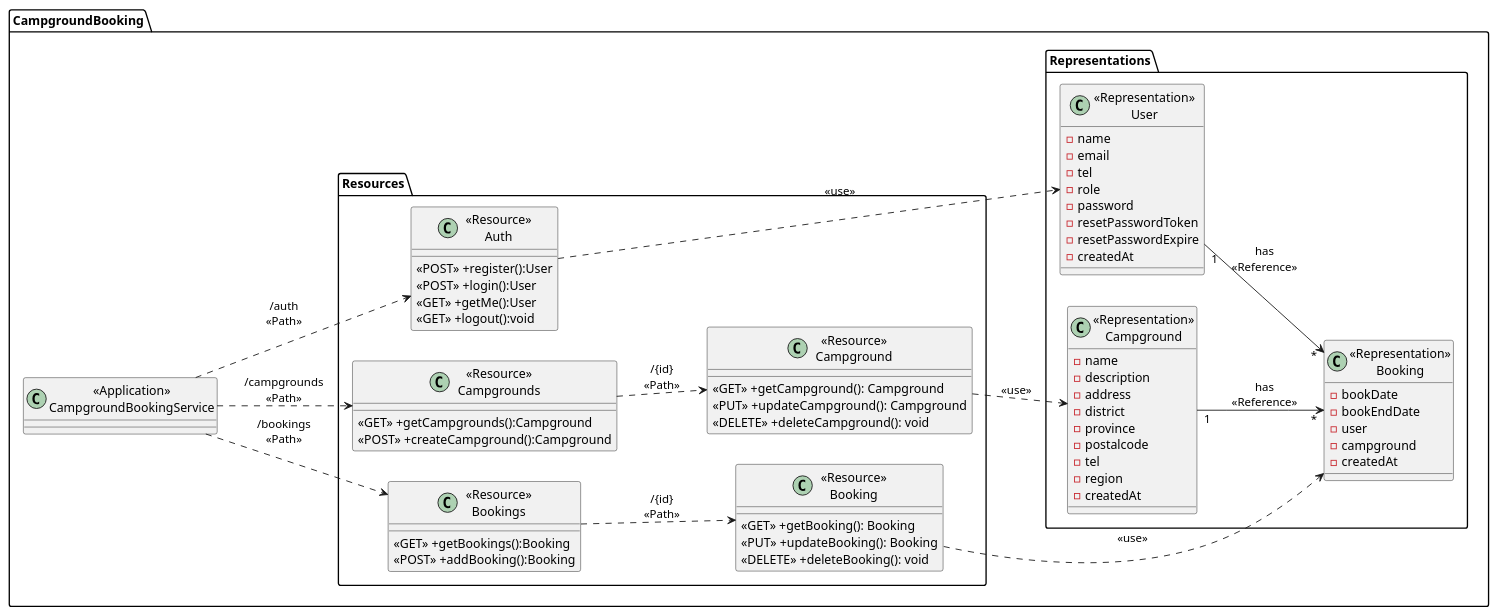
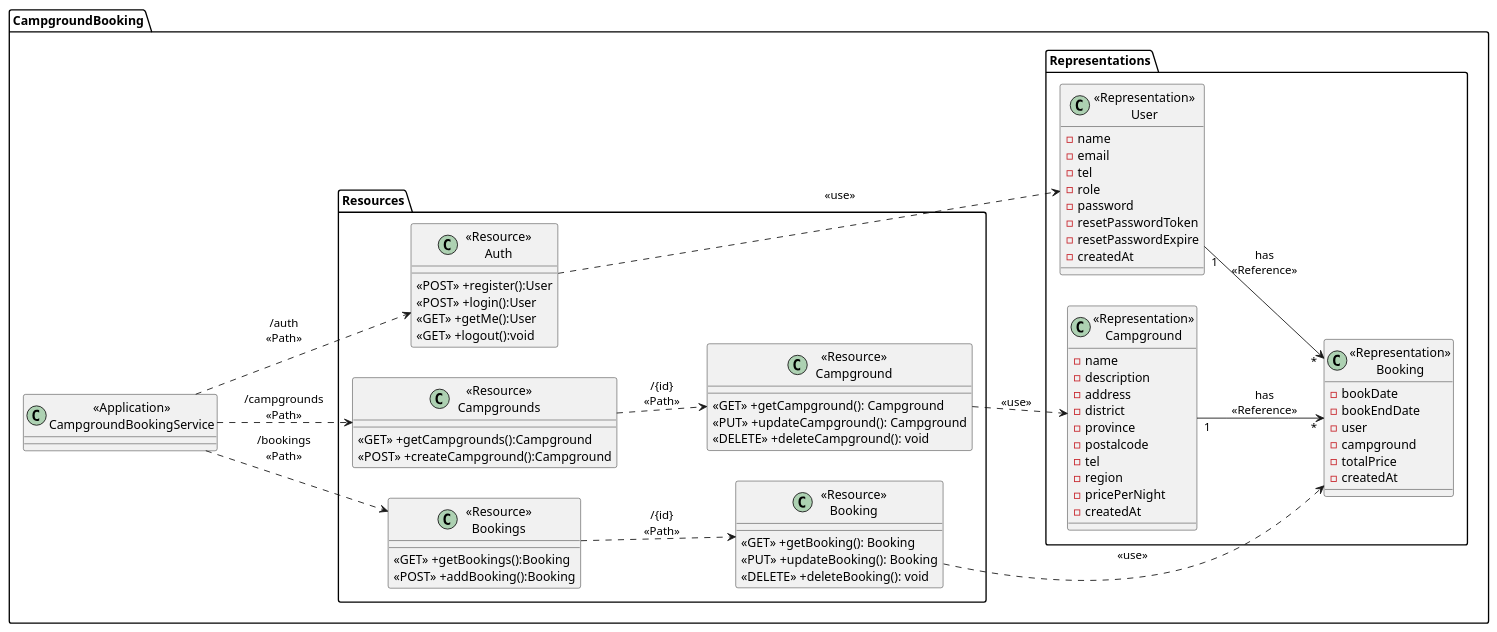
One commit to 2110503-CEDT68/be-project-68-backshot changed the diagram in puml/class.puml. Above: the diagram before and after it, drawn with PlantUML. The commit also changed 3 other files, not shown here.

```diff
--- a/puml/class.puml
+++ b/puml/class.puml
@@ -1,85 +1,87 @@
 @startuml
 left to right direction
 package "CampgroundBooking"{
     class "<<Application>>\nCampgroundBookingService" as CampgroundBookingService{}
 
     package "Resources" {
         class "<<Resource>>\nAuth" as ResourceAuth{
             <<POST>> +register():User
             <<POST>> +login():User
             <<GET>> +getMe():User
             <<GET>> +logout():void
         }
 
         class "<<Resource>>\nCampgrounds" as ResourceCampgrounds{
             <<GET>> +getCampgrounds():Campground
             <<POST>> +createCampground():Campground
         }
 
         class "<<Resource>>\nCampground" as ResourceCampground {
             <<GET>> +getCampground(): Campground
             <<PUT>> +updateCampground(): Campground
             <<DELETE>> +deleteCampground(): void
         }
 
         class "<<Resource>>\nBookings" as ResourceBookings{
             <<GET>> +getBookings():Booking
             <<POST>> +addBooking():Booking
         }
 
         class "<<Resource>>\nBooking" as ResourceBooking {
             <<GET>> +getBooking(): Booking
             <<PUT>> +updateBooking(): Booking
             <<DELETE>> +deleteBooking(): void
         }
     }
 
     package "Representations" {
         class "<<Representation>>\nUser" as RepresentationUser {
             -name
             -email
             -tel
             -role
             -password
             -resetPasswordToken
             -resetPasswordExpire
             -createdAt
         }
 
         class "<<Representation>>\nCampground" as RepresentationCampground {
             -name
             -description
             -address
             -district
             -province
             -postalcode
             -tel
             -region
+            -pricePerNight
             -createdAt
         }
 
         class "<<Representation>>\nBooking" as RepresentationBooking {
             -bookDate
             -bookEndDate
             -user
             -campground
+            -totalPrice
             -createdAt
         }
     }
 }
 
 CampgroundBookingService ..> ResourceAuth:"/auth\n<<Path>>"
 ResourceAuth ..> RepresentationUser: "<<use>>"
 
 CampgroundBookingService ..> ResourceCampgrounds:"/campgrounds\n<<Path>>"
 ResourceCampgrounds ..> ResourceCampground: "/{id}\n<<Path>>"
 ResourceCampground ..> RepresentationCampground: "<<use>>"
 
 CampgroundBookingService ..> ResourceBookings:"/bookings\n<<Path>>"
 ResourceBookings ..> ResourceBooking: "/{id}\n<<Path>>"
 ResourceBooking ..> RepresentationBooking: "<<use>>"
 
 RepresentationUser "1" --> "*" RepresentationBooking: "has\n<<Reference>>"
 RepresentationCampground "1" --> "*" RepresentationBooking: "has\n<<Reference>>"
 
 @enduml
```
